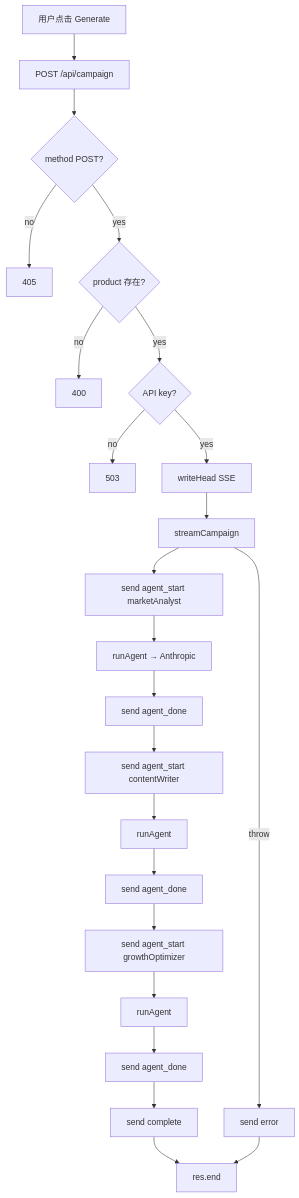
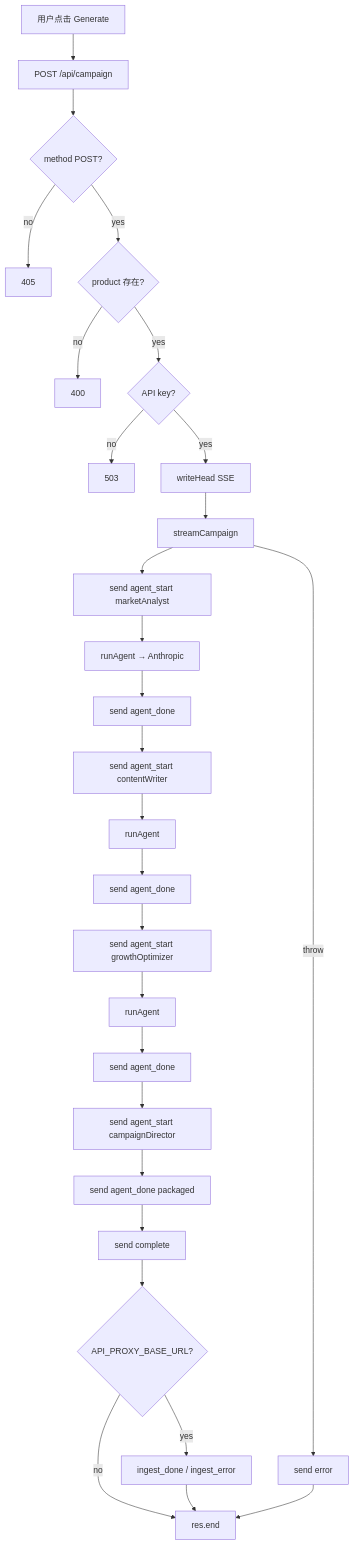
Before and after one commit to lqjack/ViralOS: the second of 3 diagrams in docs/system-control-data-flow.md, drawn with Mermaid. The commit also changed 3 other files, not shown here.

````diff
--- a/docs/system-control-data-flow.md
+++ b/docs/system-control-data-flow.md
@@ -56,25 +56,30 @@
 ```mermaid
 flowchart TD
   START[用户点击 Generate] --> POST[POST /api/campaign]
   POST --> CHK_M{method POST?}
   CHK_M -->|no| E405[405]
   CHK_M -->|yes| CHK_P{product 存在?}
   CHK_P -->|no| E400[400]
   CHK_P -->|yes| CHK_K{API key?}
   CHK_K -->|no| E503[503]
   CHK_K -->|yes| SSE[writeHead SSE]
   SSE --> SC[streamCampaign]
   SC --> AS1[send agent_start marketAnalyst]
   AS1 --> R1[runAgent → Anthropic]
   R1 --> AD1[send agent_done]
   AD1 --> AS2[send agent_start contentWriter]
   AS2 --> R2[runAgent]
   R2 --> AD2[send agent_done]
   AD2 --> AS3[send agent_start growthOptimizer]
   AS3 --> R3[runAgent]
   R3 --> AD3[send agent_done]
-  AD3 --> CMP[send complete]
-  CMP --> END[res.end]
+  AD3 --> AS4[send agent_start campaignDirector]
+  AS4 --> AD4[send agent_done packaged]
+  AD4 --> CMP[send complete]
+  CMP --> ING{API_PROXY_BASE_URL?}
+  ING -->|yes| IG[ingest_done / ingest_error]
+  ING -->|no| END[res.end]
+  IG --> END
   SC -->|throw| ERR[send error]
   ERR --> END
 ```
````
